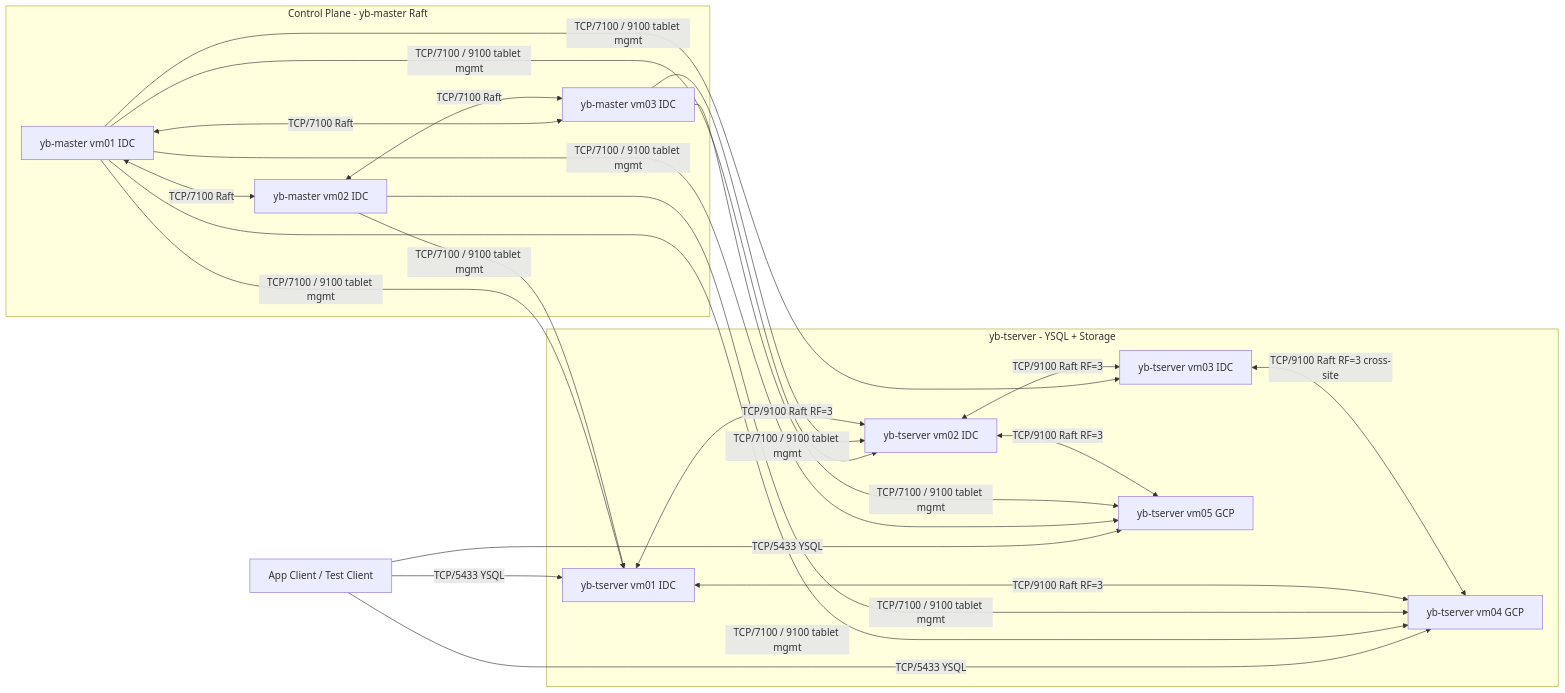
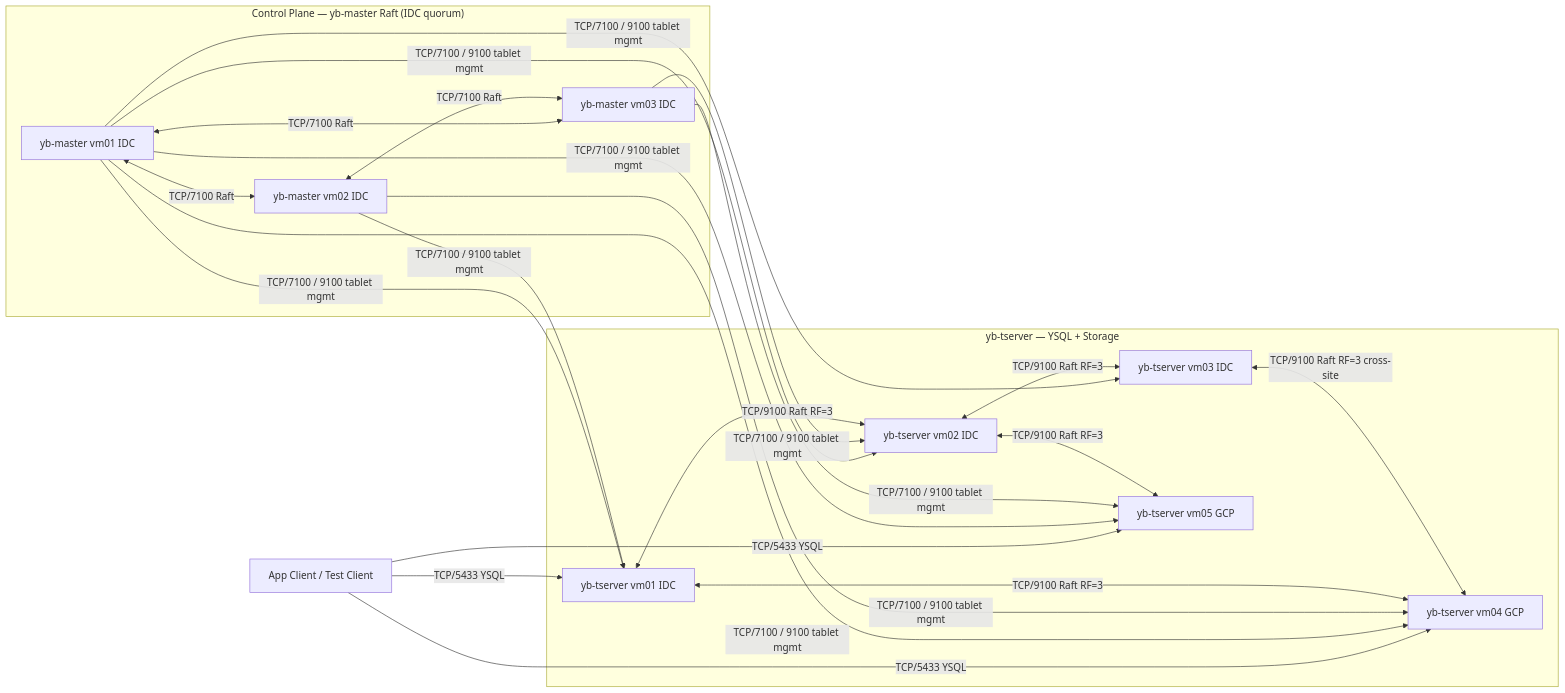
Before and after one commit to heavenruler/dba_career: the third of 4 diagrams in poc/0_projectFor104/docs/architecture/yugabytedb.md, drawn with Mermaid. The commit also changed other lines of this file and 3 other files, not shown here.

````diff
--- a/poc/0_projectFor104/docs/architecture/yugabytedb.md
+++ b/poc/0_projectFor104/docs/architecture/yugabytedb.md
@@ -5,42 +151,42 @@
 ```mermaid
 flowchart LR
     C1[App Client / Test Client]
 
-    subgraph MASTER[Control Plane - yb-master Raft]
+    subgraph MASTER["Control Plane — yb-master Raft (IDC quorum)"]
         M1[yb-master vm01 IDC]
         M2[yb-master vm02 IDC]
         M3[yb-master vm03 IDC]
     end
 
-    subgraph TSERVER[yb-tserver - YSQL + Storage]
+    subgraph TSERVER[yb-tserver — YSQL + Storage]
         S1[yb-tserver vm01 IDC]
         S2[yb-tserver vm02 IDC]
         S3[yb-tserver vm03 IDC]
         S4[yb-tserver vm04 GCP]
         S5[yb-tserver vm05 GCP]
     end
 
     C1 -->|TCP/5433 YSQL| S1
     C1 -->|TCP/5433 YSQL| S4
     C1 -->|TCP/5433 YSQL| S5
 
     M1 <-->|TCP/7100 Raft| M2
     M1 <-->|TCP/7100 Raft| M3
     M2 <-->|TCP/7100 Raft| M3
 
     M1 -->|TCP/7100 / 9100 tablet mgmt| S1
     M1 -->|TCP/7100 / 9100 tablet mgmt| S2
     M1 -->|TCP/7100 / 9100 tablet mgmt| S3
     M1 -->|TCP/7100 / 9100 tablet mgmt| S4
     M1 -->|TCP/7100 / 9100 tablet mgmt| S5
     M2 -->|TCP/7100 / 9100 tablet mgmt| S1
     M2 -->|TCP/7100 / 9100 tablet mgmt| S4
     M3 -->|TCP/7100 / 9100 tablet mgmt| S2
     M3 -->|TCP/7100 / 9100 tablet mgmt| S5
 
     S1 <-->|TCP/9100 Raft RF=3| S2
     S1 <-->|TCP/9100 Raft RF=3| S4
     S2 <-->|TCP/9100 Raft RF=3| S3
     S2 <-->|TCP/9100 Raft RF=3| S5
     S3 <-->|TCP/9100 Raft RF=3 cross-site| S4
 ```
````
